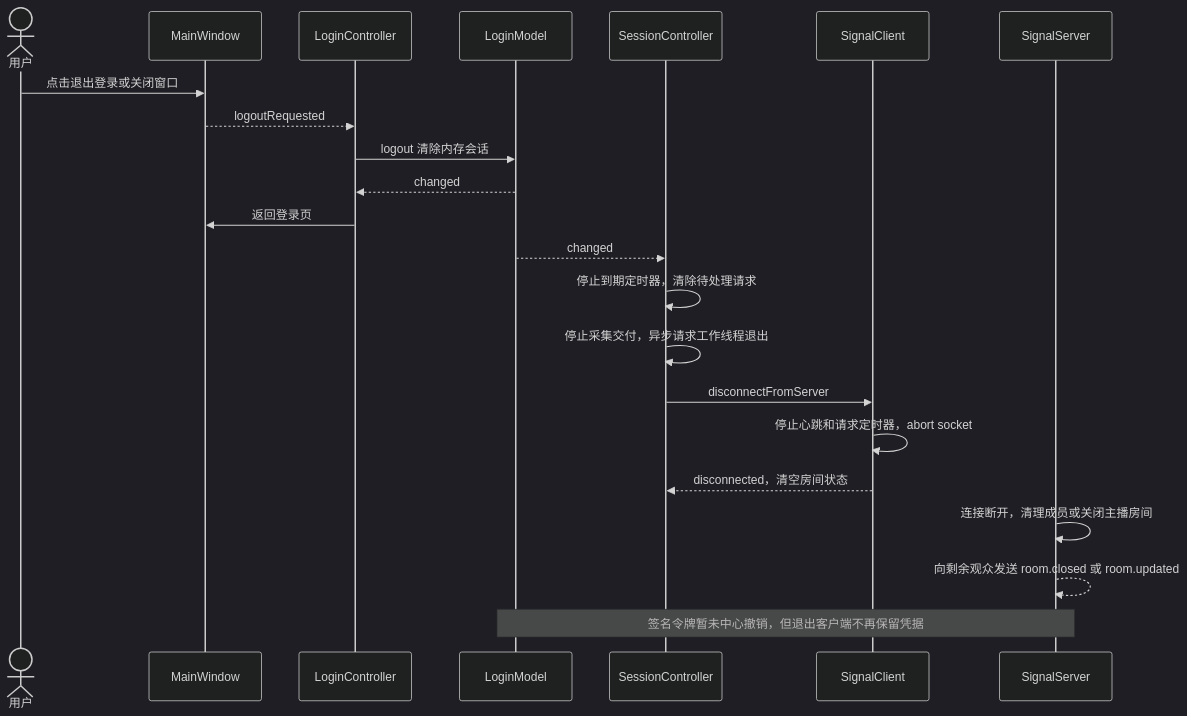
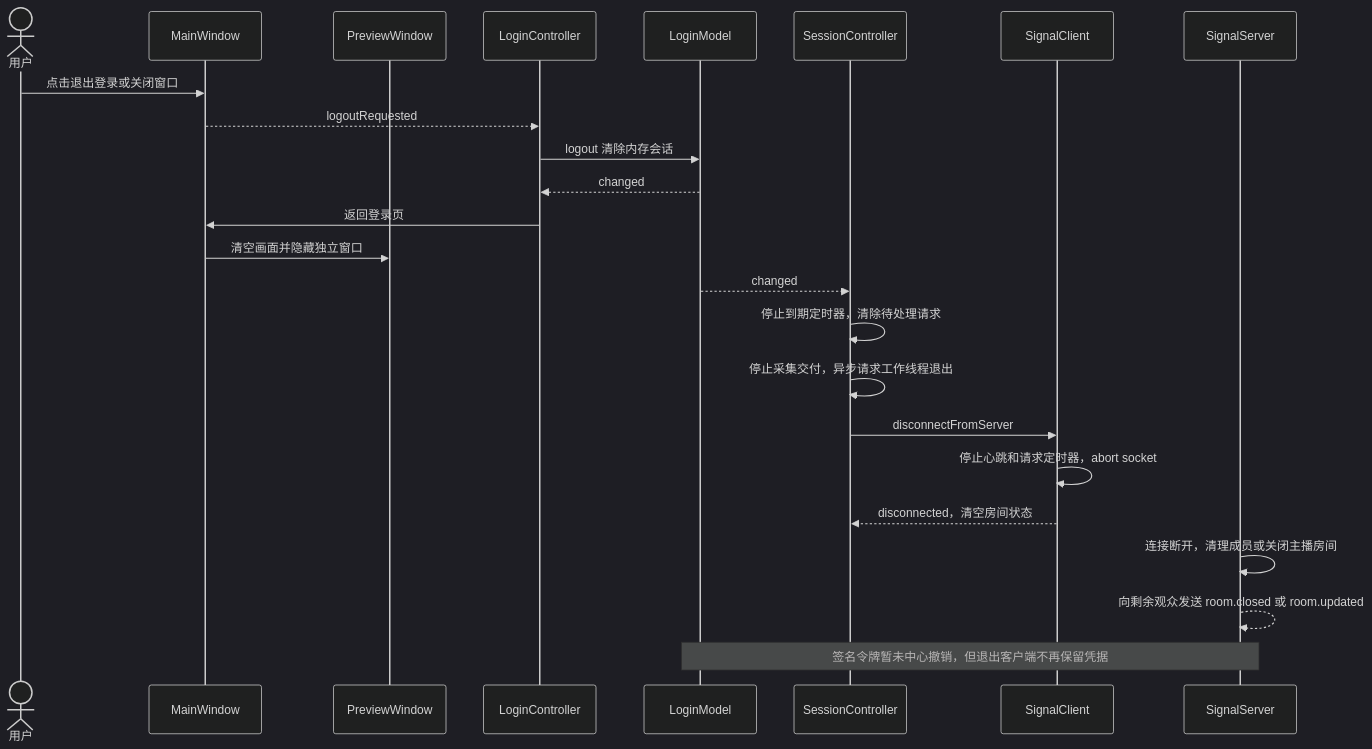
Before and after one commit to kingsman-svg/OBS: the diagram in docs/uml/logout.mmd, drawn with Mermaid (dark theme). The commit also changed 29 other files, not shown here.

Commit message:
refactor(client): simplify controls and move preview into nonmodal window

```diff
--- a/docs/uml/logout.mmd
+++ b/docs/uml/logout.mmd
@@ -1,22 +1,24 @@
 sequenceDiagram
 actor U as 用户
 participant V as MainWindow
+participant P as PreviewWindow
 participant L as LoginController
 participant M as LoginModel
 participant C as SessionController
 participant N as SignalClient
 participant S as SignalServer
 U->>V: 点击退出登录或关闭窗口
 V-->>L: logoutRequested
 L->>M: logout 清除内存会话
 M-->>L: changed
 L->>V: 返回登录页
+V->>P: 清空画面并隐藏独立窗口
 M-->>C: changed
 C->>C: 停止到期定时器，清除待处理请求
 C->>C: 停止采集交付，异步请求工作线程退出
 C->>N: disconnectFromServer
 N->>N: 停止心跳和请求定时器，abort socket
 N-->>C: disconnected，清空房间状态
 S->>S: 连接断开，清理成员或关闭主播房间
 S-->>S: 向剩余观众发送 room.closed 或 room.updated
 Note over M,S: 签名令牌暂未中心撤销，但退出客户端不再保留凭据
```
